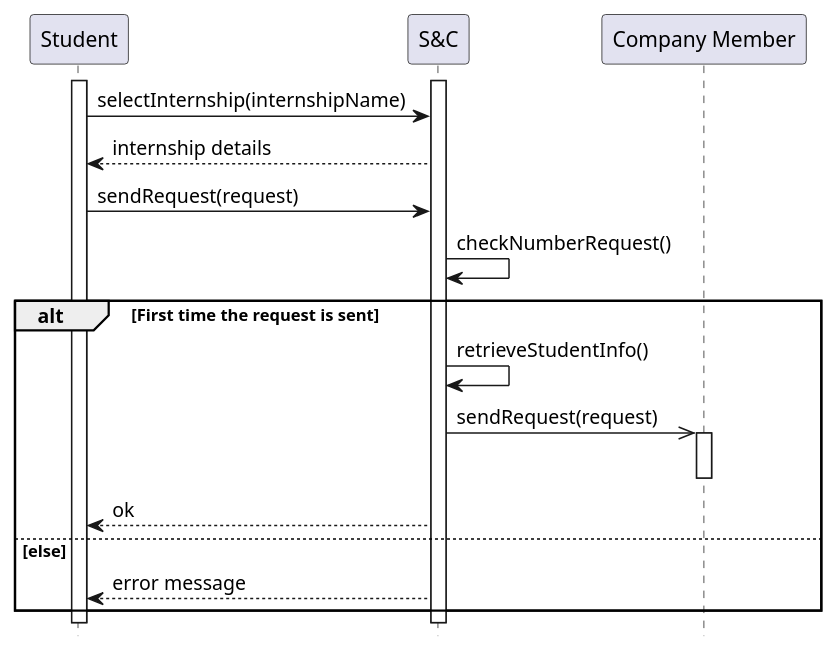
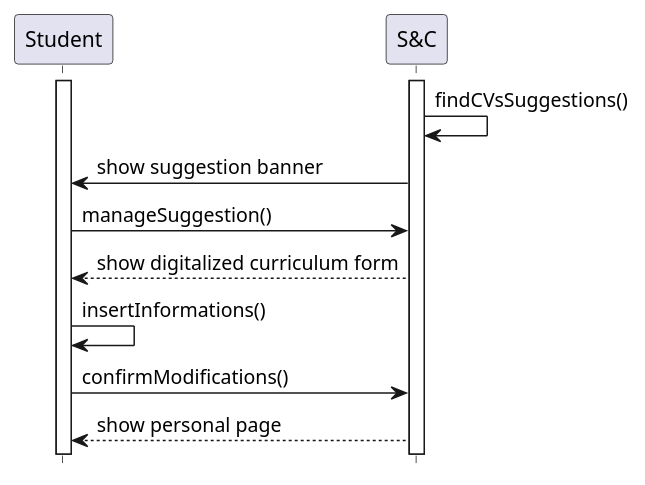
The diagram in RASD/Specific_requirements/uml_diagrams/UC14_diagram.puml (matti8702/R_and_DD_project_SE2), drawn with PlantUML before and after one commit. The commit also changed 32 other files, not shown here.

```diff
--- a/RASD/Specific_requirements/uml_diagrams/UC14_diagram.puml
+++ b/RASD/Specific_requirements/uml_diagrams/UC14_diagram.puml
@@ -1,23 +1,16 @@
 @startuml UC14_diagram
 hide footbox
 
 participant "Student" as ST
 participant "S&C" AS S
-participant "Company Member" as CM
 
 activate ST
 activate S
-ST -> S: selectInternship(internshipName)
-S --> ST: internship details
-ST -> S: sendRequest(request)
-S -> S:  checkNumberRequest()
-alt First time the request is sent
-    S -> S: retrieveStudentInfo()
-    S ->> CM : sendRequest(request)
-    activate CM
-    deactivate CM
-    S --> ST : ok
-else else
-    S --> ST: error message
-end
+S -> S: findCVsSuggestions()
+S -> ST: show suggestion banner
+ST -> S: manageSuggestion()
+S --> ST: show digitalized curriculum form
+ST -> ST: insertInformations()
+ST -> S: confirmModifications()
+S --> ST: show personal page
 @enduml
```
